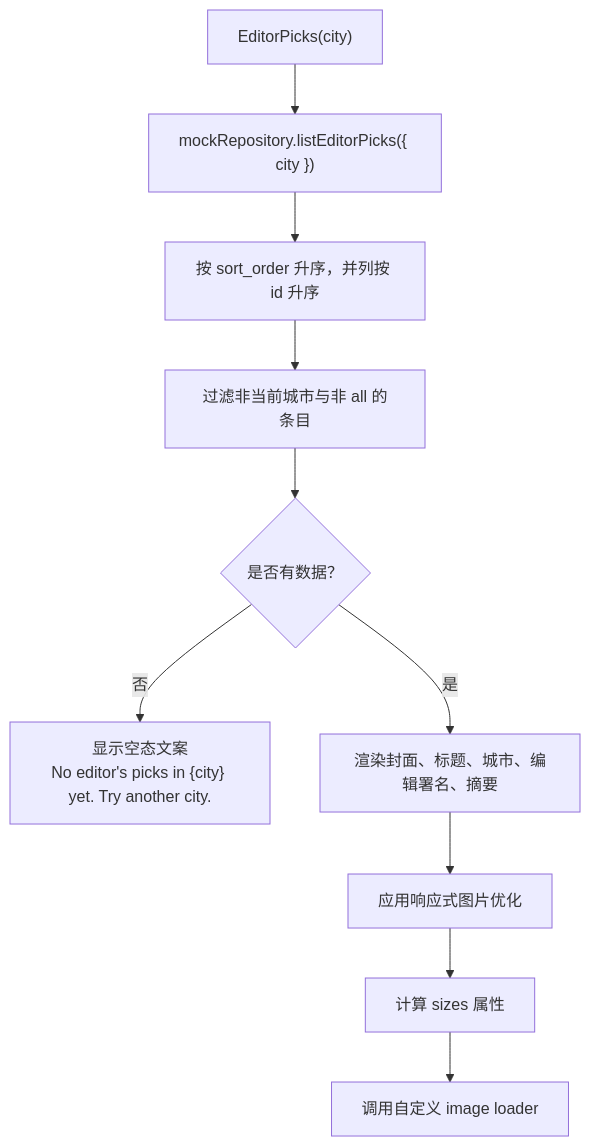
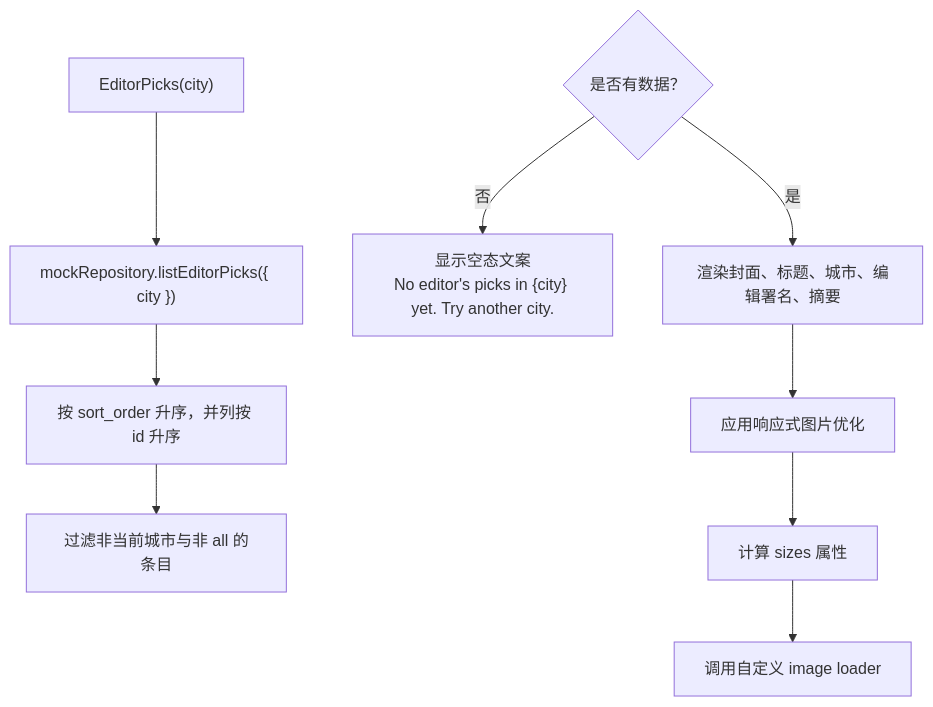
Diagram 14 of 19 in .qoder/repowiki/zh/content/规格驱动开发/WanderChain 首页规格文档/WanderChain 首页规格文档.md (luyitiger6/my-first-project), drawn with Mermaid before and after one commit. The commit also changed other lines of this file and 36 other files, not shown here.

````diff
--- a/.qoder/repowiki/zh/content/规格驱动开发/WanderChain 首页规格文档/WanderChain 首页规格文档.md
+++ b/.qoder/repowiki/zh/content/规格驱动开发/WanderChain 首页规格文档/WanderChain 首页规格文档.md
@@ -517,12 +650,12 @@
 ```mermaid
 flowchart TD
 Start["EditorPicks(city)"] --> Fetch["mockRepository.listEditorPicks({ city })"]
 Fetch --> Sort["按 sort_order 升序，并列按 id 升序"]
 Sort --> Filter["过滤非当前城市与非 all 的条目"]
-Filter --> Empty{"是否有数据？"}
+Empty{"是否有数据？"}
 Empty --> |否| ShowEmpty["显示空态文案<br/>No editor's picks in {city} yet. Try another city."]
 Empty --> |是| RenderCards["渲染封面、标题、城市、编辑署名、摘要"]
 RenderCards --> ImageOpt["应用响应式图片优化"]
 ImageOpt --> Sizes["计算 sizes 属性"]
 Sizes --> Loader["调用自定义 image loader"]
 ```
````
